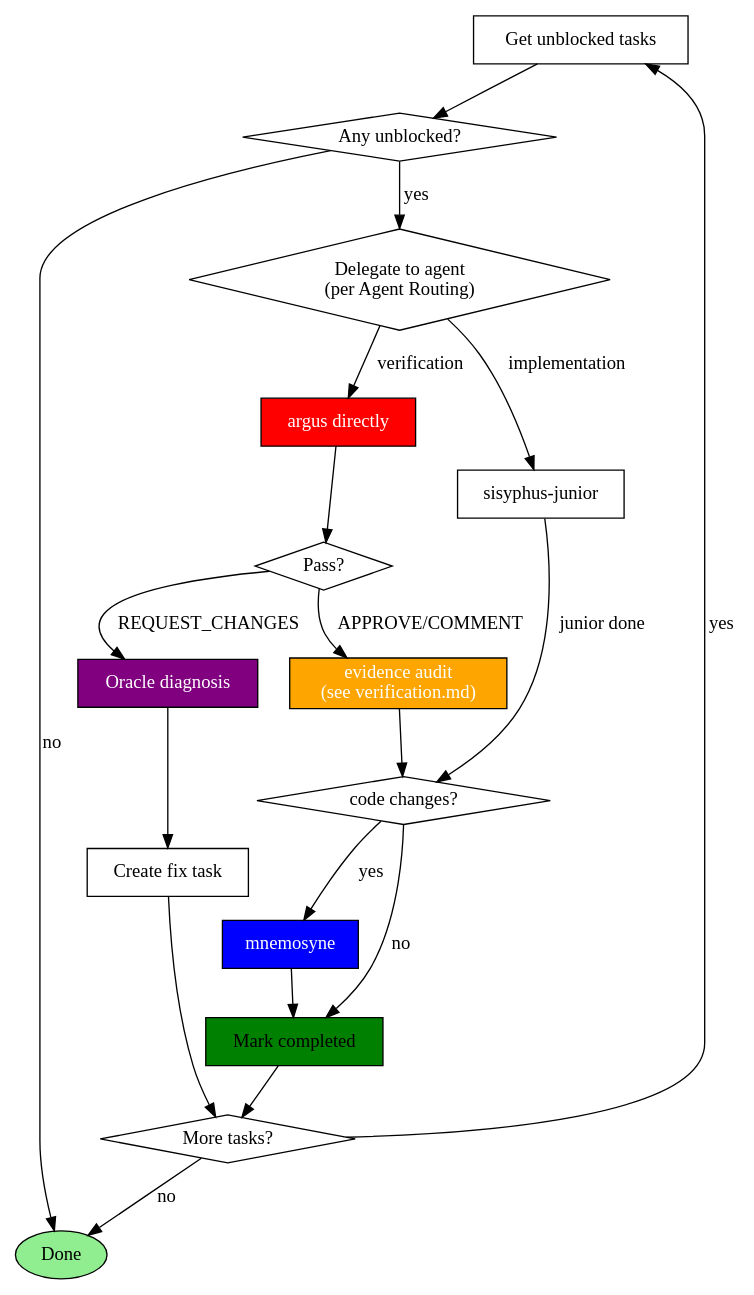
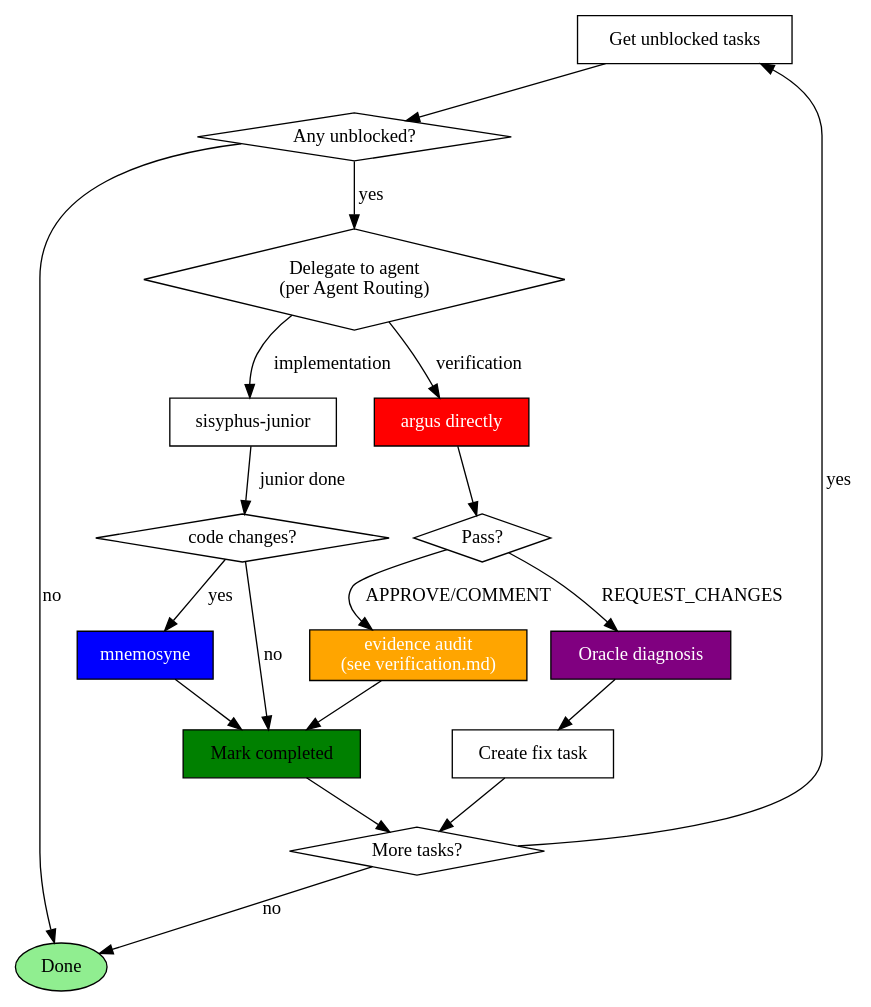
One commit to toongri/oh-my-toong-playground changed the diagram in skills/sisyphus/SKILL.md. Above: the diagram before and after it, drawn with Graphviz.

Commit message:
fix(sisyphus): task-loop verify 경로 Mark completed로 직결

````diff
--- a/skills/sisyphus/SKILL.md
+++ b/skills/sisyphus/SKILL.md
@@ -159,38 +159,38 @@
 ```dot
 digraph task_loop {
     rankdir=TB;
     "Get unblocked tasks" [shape=box];
     "Any unblocked?" [shape=diamond];
     "Delegate to agent\n(per Agent Routing)" [shape=diamond];
     "sisyphus-junior" [shape=box];
     "argus directly" [shape=box, style=filled, fillcolor=red, fontcolor=white];
     "Pass?" [shape=diamond];
     "evidence audit\n(see verification.md)" [shape=box, style=filled, fillcolor=orange, fontcolor=white];
     "code changes?" [shape=diamond];
     "mnemosyne" [shape=box, style=filled, fillcolor=blue, fontcolor=white];
     "Mark completed" [shape=box, style=filled, fillcolor=green];
     "Oracle diagnosis" [shape=box, style=filled, fillcolor=purple, fontcolor=white];
     "Create fix task" [shape=box];
     "More tasks?" [shape=diamond];
     "Done" [shape=ellipse, style=filled, fillcolor=lightgreen];
 
     "Get unblocked tasks" -> "Any unblocked?";
     "Any unblocked?" -> "Delegate to agent\n(per Agent Routing)" [label="yes"];
     "Any unblocked?" -> "Done" [label="no"];
     "Delegate to agent\n(per Agent Routing)" -> "sisyphus-junior" [label="implementation"];
     "Delegate to agent\n(per Agent Routing)" -> "argus directly" [label="verification"];
     "sisyphus-junior" -> "code changes?" [label="junior done"];
     "Pass?" -> "evidence audit\n(see verification.md)" [label="APPROVE/COMMENT"];
     "Pass?" -> "Oracle diagnosis" [label="REQUEST_CHANGES"];
-    "evidence audit\n(see verification.md)" -> "code changes?";
+    "evidence audit\n(see verification.md)" -> "Mark completed";
     "code changes?" -> "mnemosyne" [label="yes"];
     "code changes?" -> "Mark completed" [label="no"];
     "mnemosyne" -> "Mark completed";
     "argus directly" -> "Pass?";
     "Oracle diagnosis" -> "Create fix task";
     "Mark completed" -> "More tasks?";
     "Create fix task" -> "More tasks?";
     "More tasks?" -> "Get unblocked tasks" [label="yes"];
     "More tasks?" -> "Done" [label="no"];
 }
 ```
````
